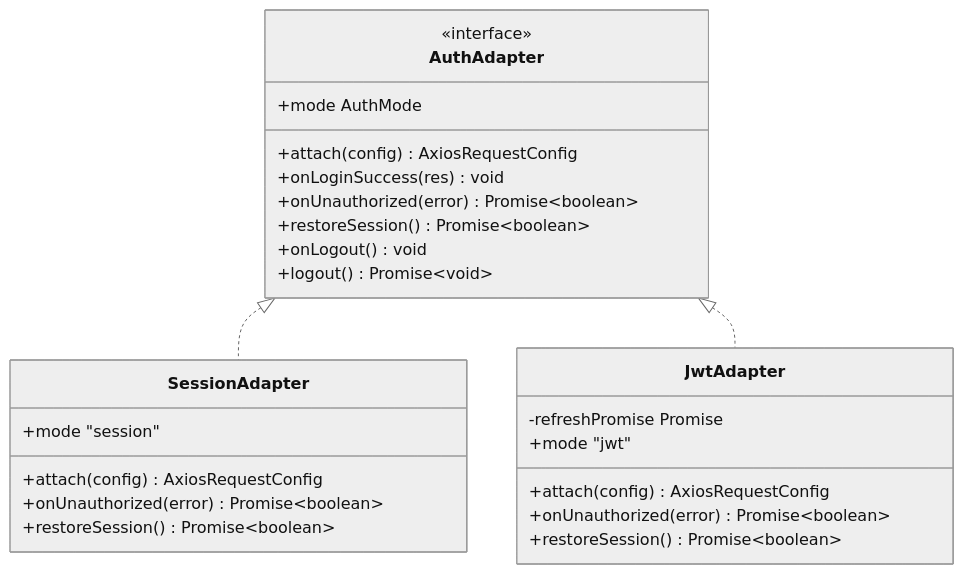
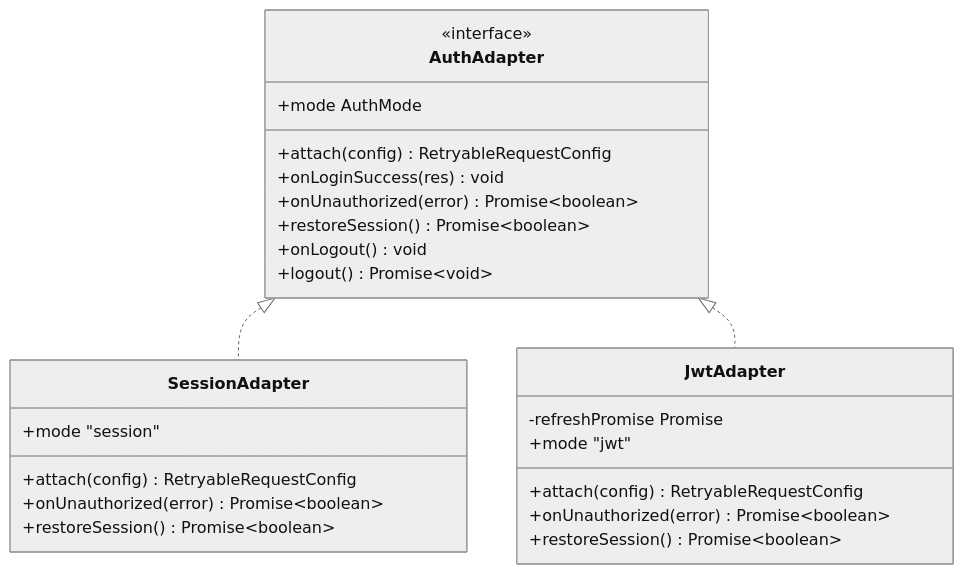
Before and after one commit to oikawa-d/task_management: the sixth of 8 diagrams in docs/basic_design/05_frontend.md, drawn with Mermaid (neutral theme). The commit also changed other lines of this file and 75 other files, not shown here.

````diff
--- a/docs/basic_design/05_frontend.md
+++ b/docs/basic_design/05_frontend.md
@@ -341,28 +341,28 @@
 ```mermaid
 classDiagram
     class AuthAdapter {
         <<interface>>
         +mode AuthMode
-        +attach(config) AxiosRequestConfig
+        +attach(config) RetryableRequestConfig
         +onLoginSuccess(res) void
         +onUnauthorized(error) Promise~boolean~
         +restoreSession() Promise~boolean~
         +onLogout() void
         +logout() Promise~void~
     }
     class SessionAdapter {
         +mode "session"
-        +attach(config) AxiosRequestConfig
+        +attach(config) RetryableRequestConfig
         +onUnauthorized(error) Promise~boolean~
         +restoreSession() Promise~boolean~
     }
     class JwtAdapter {
         -refreshPromise Promise
         +mode "jwt"
-        +attach(config) AxiosRequestConfig
+        +attach(config) RetryableRequestConfig
         +onUnauthorized(error) Promise~boolean~
         +restoreSession() Promise~boolean~
     }
     AuthAdapter <|.. SessionAdapter
     AuthAdapter <|.. JwtAdapter
 ```
````
